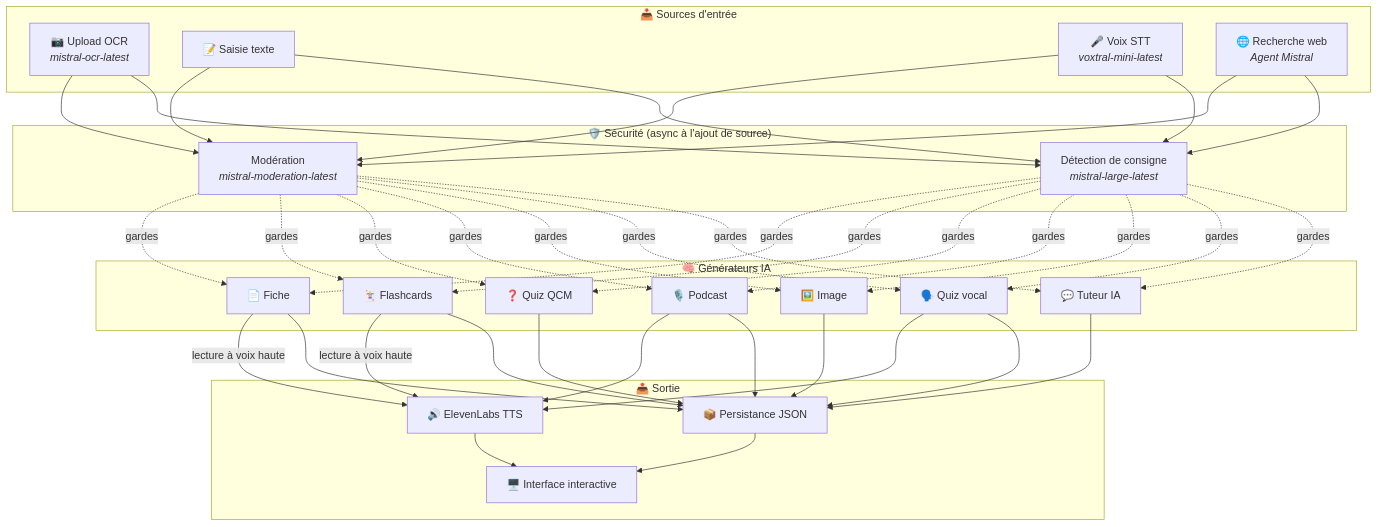
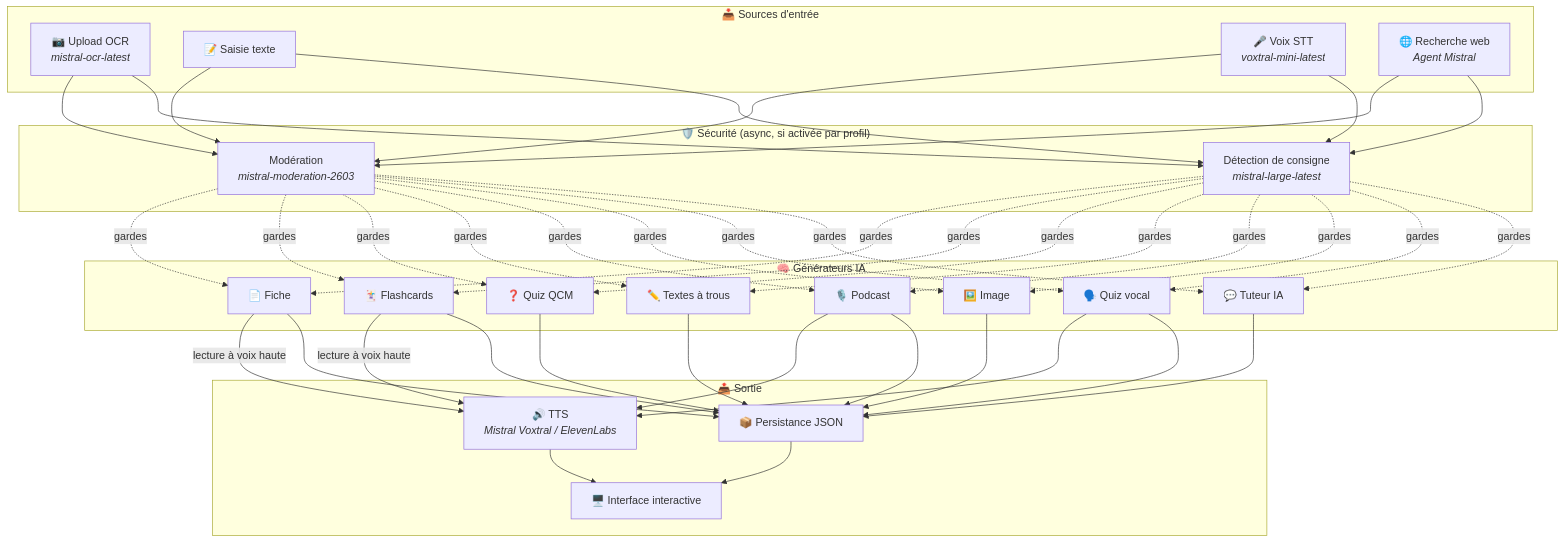
The first of 3 diagrams in README-ar.md (jls42/EurekAI), drawn with Mermaid before and after one commit. The commit also changed other lines of this file and 52 other files, not shown here.

````diff
--- a/README-ar.md
+++ b/README-ar.md
@@ -58,39 +72,40 @@
 ```mermaid
 graph TD
     subgraph "📥 Sources d'entrée"
         OCR["📷 Upload OCR<br/><i>mistral-ocr-latest</i>"]
         TXT["📝 Saisie texte"]
         MIC["🎤 Voix STT<br/><i>voxtral-mini-latest</i>"]
         WEB["🌐 Recherche web<br/><i>Agent Mistral</i>"]
     end
 
-    subgraph "🛡️ Sécurité (async à l'ajout de source)"
-        MOD["Modération<br/><i>mistral-moderation-latest</i>"]
+    subgraph "🛡️ Sécurité (async, si activée par profil)"
+        MOD["Modération<br/><i>mistral-moderation-2603</i>"]
         CON["Détection de consigne<br/><i>mistral-large-latest</i>"]
     end
 
     subgraph "🧠 Générateurs IA"
         SUM["📄 Fiche"]
         FC["🃏 Flashcards"]
         QZ["❓ Quiz QCM"]
+        FB["✏️ Textes à trous"]
         POD["🎙️ Podcast"]
         IMG["🖼️ Image"]
         QV["🗣️ Quiz vocal"]
         CHAT["💬 Tuteur IA"]
     end
 
     subgraph "📤 Sortie"
-        TTS["🔊 ElevenLabs TTS"]
+        TTS["🔊 TTS<br/><i>Mistral Voxtral / ElevenLabs</i>"]
         JSON["📦 Persistance JSON"]
         UI["🖥️ Interface interactive"]
     end
 
     OCR & TXT & MIC & WEB --> MOD & CON
-    MOD & CON -.->|gardes| SUM & FC & QZ & POD & IMG & QV & CHAT
+    MOD & CON -.->|gardes| SUM & FC & QZ & FB & POD & IMG & QV & CHAT
     POD --> TTS
     QV --> TTS
     SUM & FC -->|lecture à voix haute| TTS
-    SUM & FC & QZ & POD & IMG & QV & CHAT --> JSON
+    SUM & FC & QZ & FB & POD & IMG & QV & CHAT --> JSON
     JSON --> UI
     TTS --> UI
 ```
````
